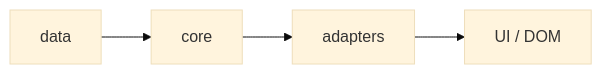
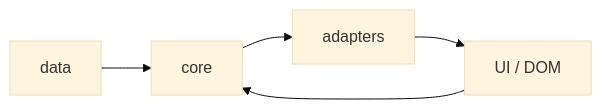
One commit to aradenac/chevalier-des-mots changed the diagram in docs/architecture/overview.md. Above: the diagram before and after it, drawn with Mermaid (base theme). The commit also changed other lines of this file and 66 other files, not shown here.

````diff
--- a/docs/architecture/overview.md
+++ b/docs/architecture/overview.md
@@ -24,6 +20,7 @@
 ```mermaid
 flowchart LR
   D[data] --> C[core]
   C --> A[adapters]
   A --> U[UI / DOM]
+  U --> C
 ```
````
